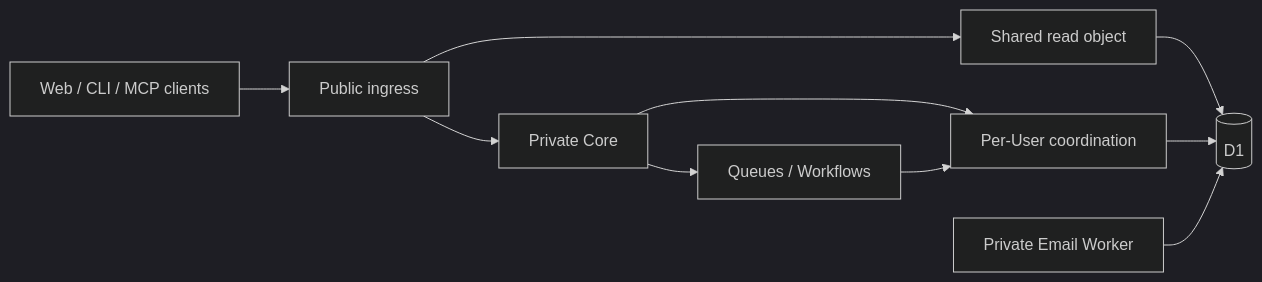
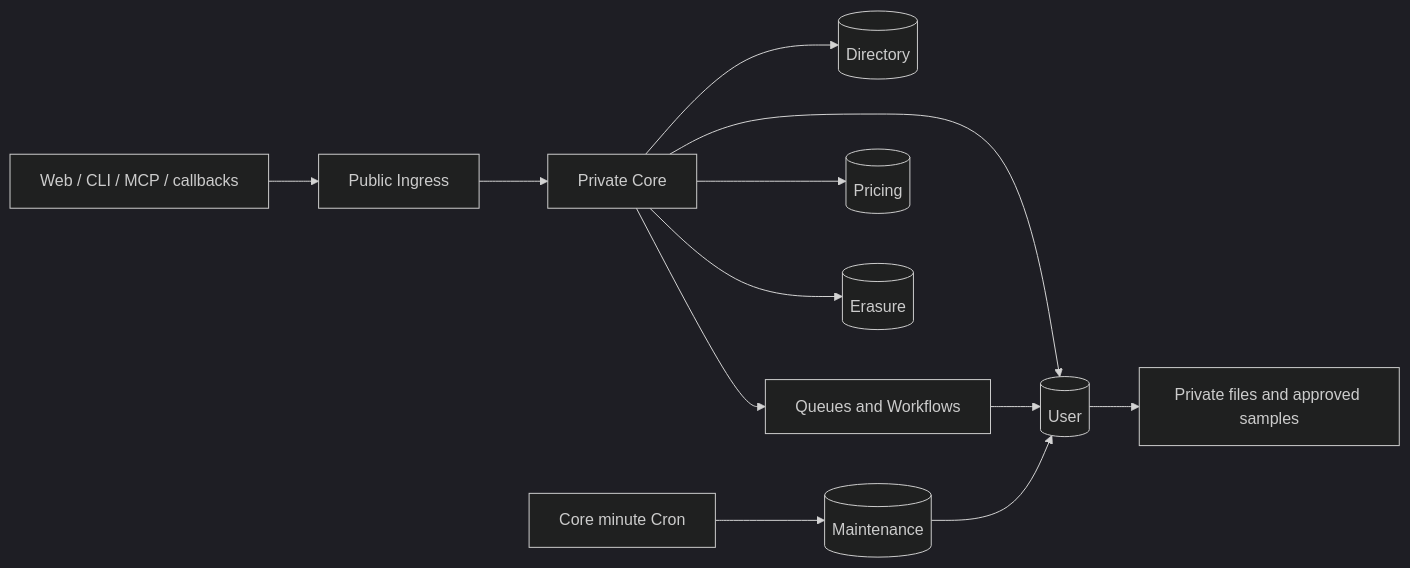
The diagram in ARCHITECTURE.md (B4rz99/fidy-ai), drawn with Mermaid (dark theme) before and after one commit. The commit also changed other lines of this file and 5 other files, not shown here.

````diff
--- a/ARCHITECTURE.md
+++ b/ARCHITECTURE.md
@@ -31,12 +27,14 @@
 ```mermaid
 flowchart LR
-  Clients[Web / CLI / MCP clients] --> Ingress[Public ingress]
+  Clients[Web / CLI / MCP / callbacks] --> Ingress[Public Ingress]
   Ingress --> Core[Private Core]
-  Ingress --> Reads[Shared read object]
-  Reads --> D1[(D1)]
-  Core --> Coordinator[Per-User coordination]
-  Coordinator --> D1
-  Core --> Background[Queues / Workflows]
-  Background --> Coordinator
-  Email[Private Email Worker] --> D1
+  Core --> Directory[(Directory)]
+  Core --> User[(User)]
+  Core --> Pricing[(Pricing)]
+  Core --> Erasure[(Erasure)]
+  Cron[Core minute Cron] --> Maintenance[(Maintenance)]
+  Maintenance --> User
+  Core --> Background[Queues and Workflows]
+  Background --> User
+  User --> R2[Private files and approved samples]
 ```
````
